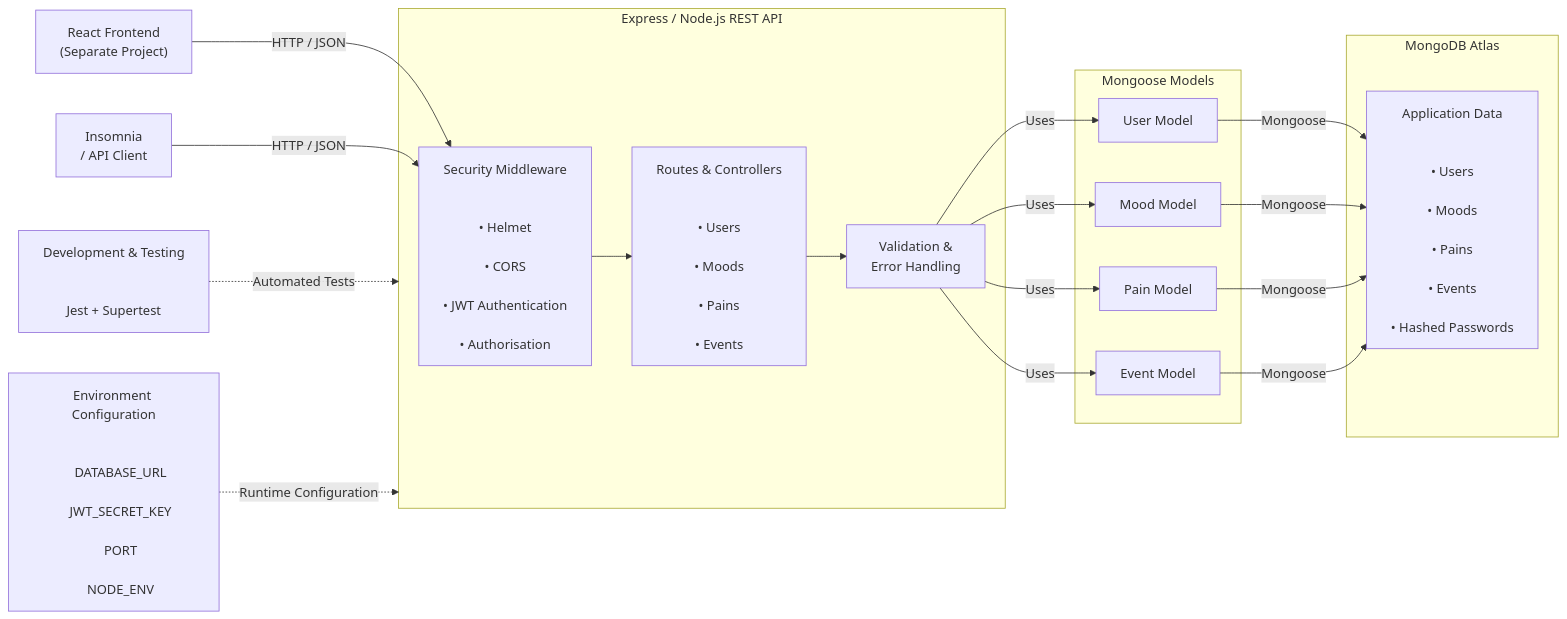
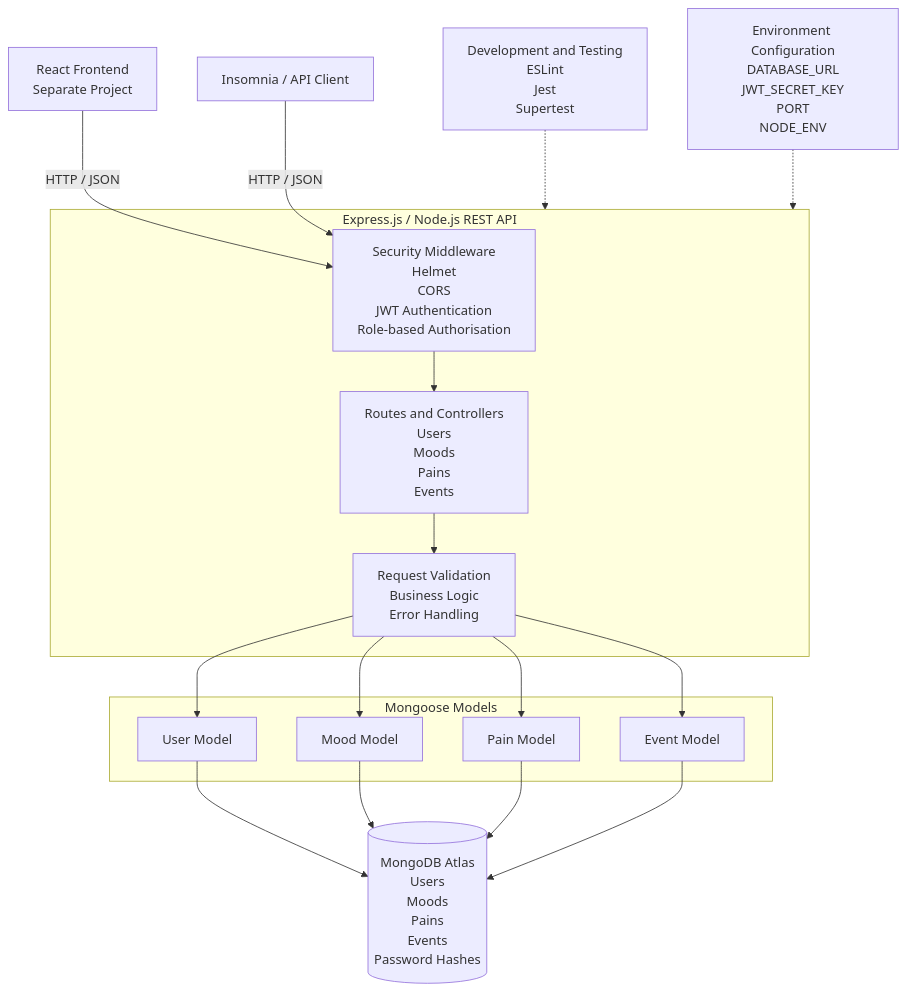
The first of 3 diagrams in application-architecture.md (BeeGeeEss/the-village-CICD), drawn with Mermaid before and after one commit. The commit also changed other lines of this file and 1 other file, not shown here.

Commit message:
DOCS: Update app architecture and diagrams

````diff
--- a/application-architecture.md
+++ b/application-architecture.md
@@ -7,93 +10,44 @@
 ```mermaid
-flowchart LR
+flowchart TB
 
-    %% CLIENTS
+    FRONTEND["React Frontend<br/>Separate Project"]
+    CLIENT["Insomnia / API Client"]
 
-    F["React Frontend<br/>(Separate Project)"]
+    subgraph API["Express.js / Node.js REST API"]
+        SECURITY["Security Middleware<br/>Helmet<br/>CORS<br/>JWT Authentication<br/>Role-based Authorisation"]
+        ROUTES["Routes and Controllers<br/>Users<br/>Moods<br/>Pains<br/>Events"]
+        VALIDATION["Request Validation<br/>Business Logic<br/>Error Handling"]
 
-    I["Insomnia<br/>/ API Client"]
-
-
-    %% EXPRESS API
-
-    subgraph API["Express / Node.js REST API"]
-
-        S["Security Middleware<br/><br/>
-        • Helmet<br/>
-        • CORS<br/>
-        • JWT Authentication<br/>
-        • Authorisation"]
-
-        R["Routes & Controllers<br/><br/>
-        • Users<br/>
-        • Moods<br/>
-        • Pains<br/>
-        • Events"]
-
-        V["Validation &<br/>Error Handling"]
-
-        S --> R
-        R --> V
-
+        SECURITY --> ROUTES
+        ROUTES --> VALIDATION
     end
 
-
-    %% MONGOOSE MODELS
-
     subgraph MODELS["Mongoose Models"]
-
-        UM["User Model"]
-        MM["Mood Model"]
-        PM["Pain Model"]
-        EM["Event Model"]
-
+        USER["User Model"]
+        MOOD["Mood Model"]
+        PAIN["Pain Model"]
+        EVENT["Event Model"]
     end
 
+    DB[("MongoDB Atlas<br/>Users<br/>Moods<br/>Pains<br/>Events<br/>Password Hashes")]
 
-    %% DATABASE
+    TESTS["Development and Testing<br/>ESLint<br/>Jest<br/>Supertest"]
 
-    subgraph DB["MongoDB Atlas"]
+    ENV["Environment Configuration<br/>DATABASE_URL<br/>JWT_SECRET_KEY<br/>PORT<br/>NODE_ENV"]
 
-        D["Application Data<br/><br/>
-        • Users<br/>
-        • Moods<br/>
-        • Pains<br/>
-        • Events<br/>
-        • Hashed Passwords"]
+    FRONTEND -->|"HTTP / JSON"| SECURITY
+    CLIENT -->|"HTTP / JSON"| SECURITY
 
-    end
+    VALIDATION --> USER
+    VALIDATION --> MOOD
+    VALIDATION --> PAIN
+    VALIDATION --> EVENT
 
+    USER --> DB
+    MOOD --> DB
+    PAIN --> DB
+    EVENT --> DB
 
-    %% DEVELOPMENT & TESTING
-
-    T["Development & Testing<br/><br/>
-    Jest + Supertest"]
-
-
-    %% ENVIRONMENT CONFIGURATION
-
-    E["Environment Configuration<br/><br/>
-    DATABASE_URL<br/>
-    JWT_SECRET_KEY<br/>
-    PORT<br/>
-    NODE_ENV"]
-
-
-    %% CONNECTIONS
-
-    F -->|"HTTP / JSON"| S
-    I -->|"HTTP / JSON"| S
-
-    V -->|"Uses"| UM
-    V -->|"Uses"| MM
-    V -->|"Uses"| PM
-    V -->|"Uses"| EM
-
-    UM -->|"Mongoose"| D
-    MM -->|"Mongoose"| D
-    PM -->|"Mongoose"| D
-    EM -->|"Mongoose"| D
-
-    T -.->|"Automated Tests"| API
-    E -.->|"Runtime Configuration"| API
+    TESTS -.-> API
+    ENV -.-> API
 ```
````
